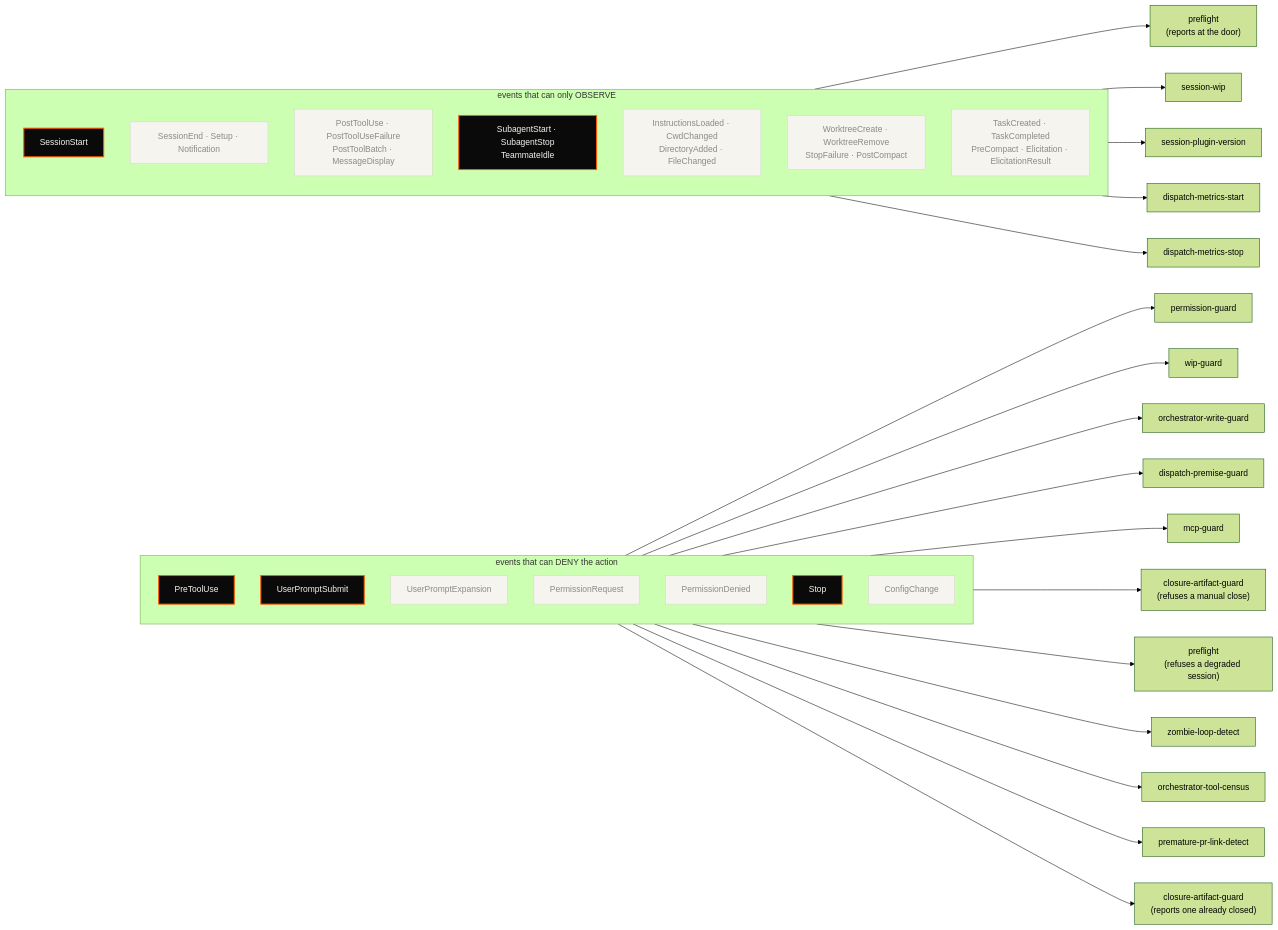
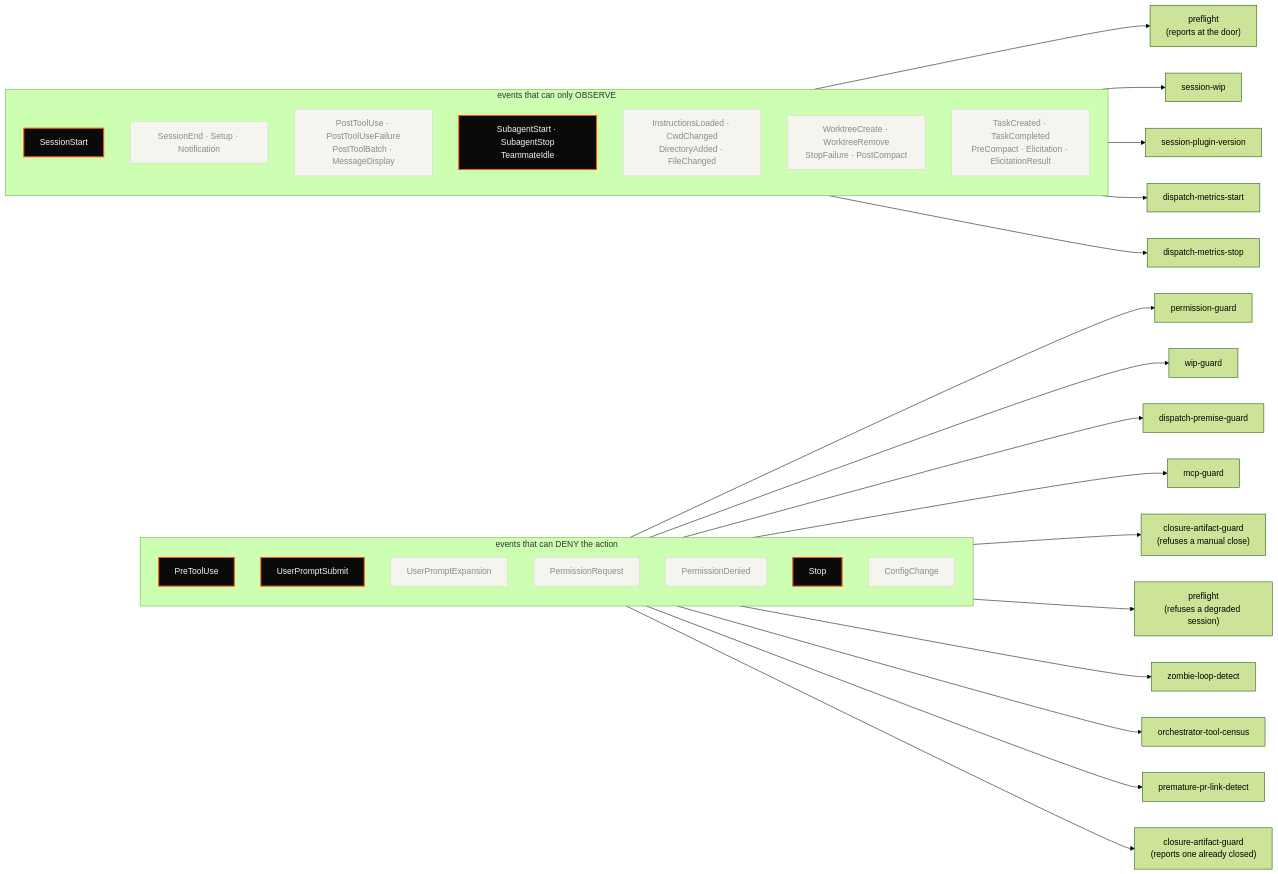
Before and after one commit to tedeuxx/tadeumendonca-skills: the fourth of 5 diagrams in README.md, drawn with Mermaid (forest theme). The commit also changed other lines of this file and 9 other files, not shown here.

````diff
--- a/README.md
+++ b/README.md
@@ -991,63 +991,61 @@
 ```mermaid
 flowchart LR
   classDef used fill:#0A0A0A,color:#F5F4EF,stroke:#FF5A00,stroke-width:2px
   classDef idle fill:#F5F4EF,color:#8A8A8A,stroke:#D8D6CE
 
   subgraph BLOCK["events that can DENY the action"]
     direction TB
     E1["PreToolUse"]
     E2["UserPromptSubmit"]
     E3["UserPromptExpansion"]:::idle
     E4["PermissionRequest"]:::idle
     E5["PermissionDenied"]:::idle
     E6["Stop"]
     E7["ConfigChange"]:::idle
   end
 
   subgraph OBS["events that can only OBSERVE"]
     direction TB
     O1["SessionStart"]
     O2["SessionEnd · Setup · Notification"]:::idle
     O3["PostToolUse · PostToolUseFailure<br/>PostToolBatch · MessageDisplay"]:::idle
     O4["SubagentStart · SubagentStop<br/>TeammateIdle"]:::idle
     O5["InstructionsLoaded · CwdChanged<br/>DirectoryAdded · FileChanged"]:::idle
     O6["WorktreeCreate · WorktreeRemove<br/>StopFailure · PostCompact"]:::idle
     O7["TaskCreated · TaskCompleted<br/>PreCompact · Elicitation · ElicitationResult"]:::idle
   end
 
   H1["permission-guard"]
   H2["wip-guard"]
   H3["session-wip"]
   H4["session-plugin-version"]
   H5["dispatch-metrics-start"]
   H6["dispatch-metrics-stop"]
   H7["zombie-loop-detect"]
-  H8["orchestrator-write-guard"]
   H9["orchestrator-tool-census"]
   H10["premature-pr-link-detect"]
   H11["dispatch-premise-guard"]
   H12["closure-artifact-guard<br/>(refuses a manual close)"]
   H13["closure-artifact-guard<br/>(reports one already closed)"]
   H14["preflight<br/>(refuses a degraded session)"]
   H15["preflight<br/>(reports at the door)"]
   H16["mcp-guard"]
 
   E1 --> H1
   E1 --> H2
-  E1 --> H8
   E1 --> H11
   E1 --> H16
   E1 --> H12
   E2 --> H14
   O1 --> H15
   O1 --> H3
   O1 --> H4
   O4 --> H5
   O4 --> H6
   E6 --> H7
   E6 --> H9
   E6 --> H10
   E6 --> H13
 
   class E1,E2,O1,O4,E6 used
 ```
````
